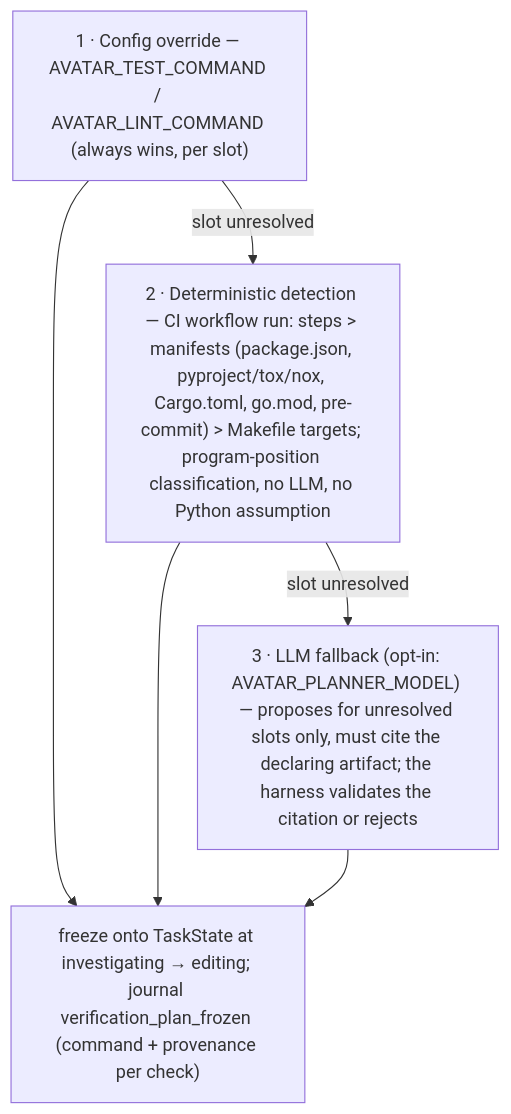
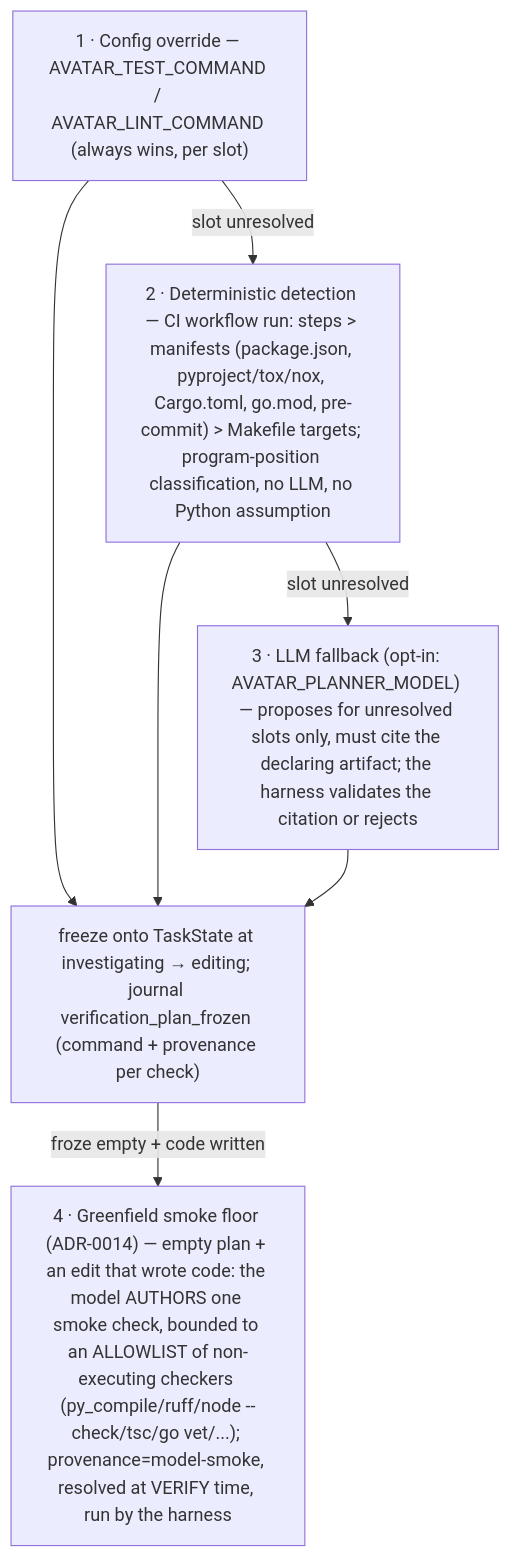
One commit to codexceed/avatar-harness changed the seventh of 8 diagrams in ARCHITECTURE.md. Above: the diagram before and after it, drawn with Mermaid. The commit also changed other lines of this file and 21 other files, not shown here.

First line of the commit message:
feat(verifier): greenfield self-authored smoke floor (ADR-0014) (#50)

````diff
--- a/ARCHITECTURE.md
+++ b/ARCHITECTURE.md
@@ -266,11 +266,13 @@
 ```mermaid
 flowchart TD
     CO["1 · Config override — AVATAR_TEST_COMMAND / AVATAR_LINT_COMMAND (always wins, per slot)"]
     DET["2 · Deterministic detection — CI workflow run: steps > manifests (package.json, pyproject/tox/nox, Cargo.toml, go.mod, pre-commit) > Makefile targets; program-position classification, no LLM, no Python assumption"]
     LLM["3 · LLM fallback (opt-in: AVATAR_PLANNER_MODEL) — proposes for unresolved slots only, must cite the declaring artifact; the harness validates the citation or rejects"]
     FRZ["freeze onto TaskState at investigating → editing; journal verification_plan_frozen (command + provenance per check)"]
+    SMK["4 · Greenfield smoke floor (ADR-0014) — empty plan + an edit that wrote code: the model AUTHORS one smoke check, bounded to an ALLOWLIST of non-executing checkers (py_compile/ruff/node --check/tsc/go vet/...); provenance=model-smoke, resolved at VERIFY time, run by the harness"]
     CO -->|slot unresolved| DET -->|slot unresolved| LLM
     CO --> FRZ
     DET --> FRZ
     LLM --> FRZ
+    FRZ -->|froze empty + code written| SMK
 ```
````
